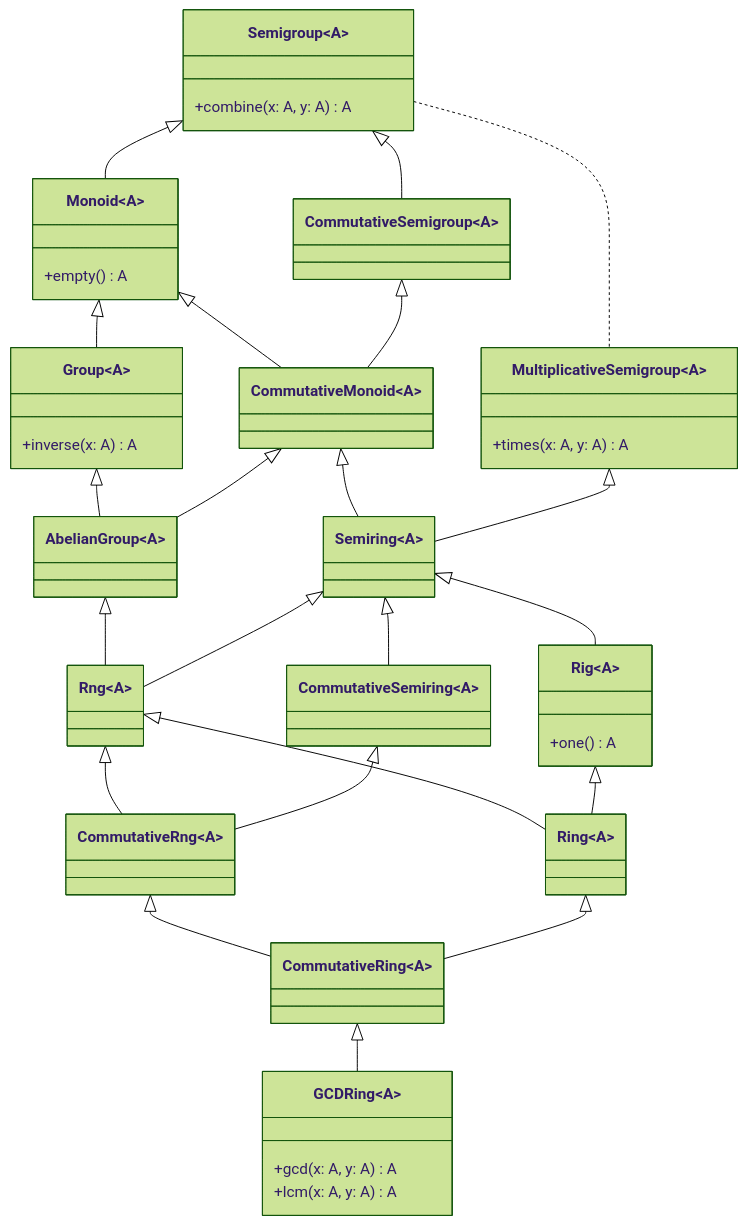
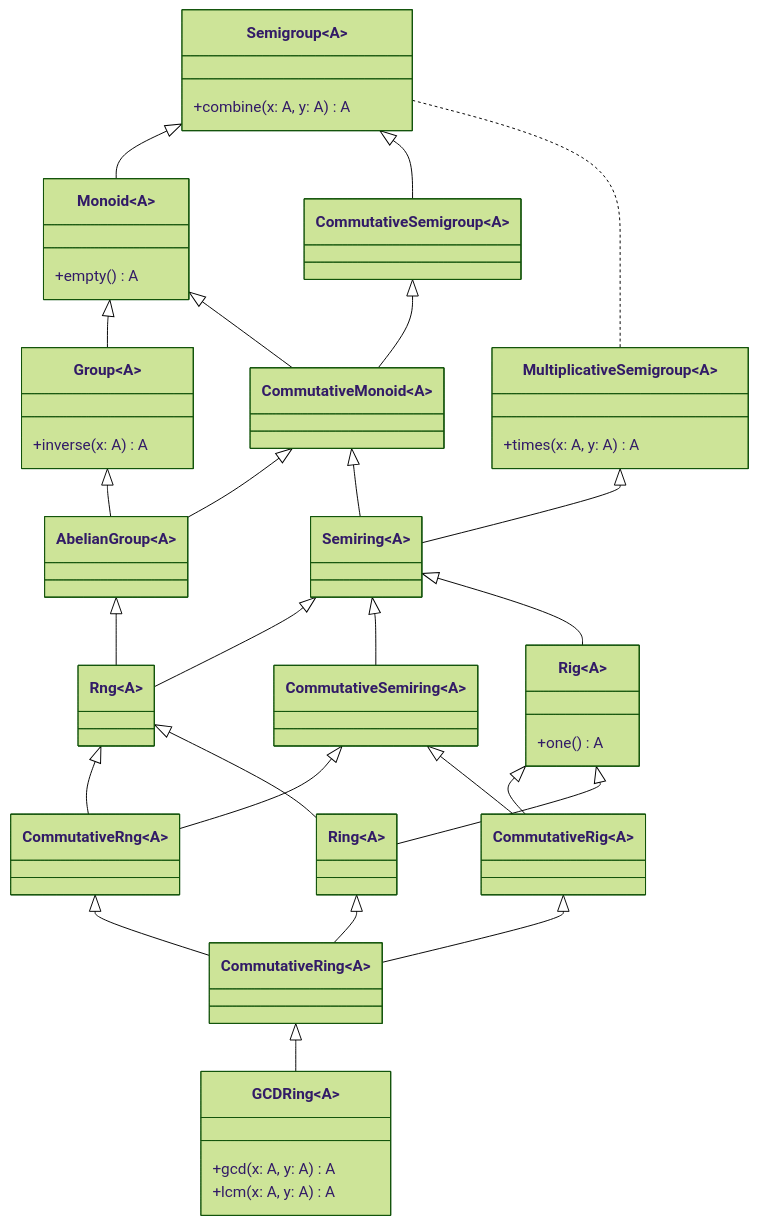
Before and after one commit to artemkorsakov/scalabook: the diagram in docs/typeclass/monoid/gcdring.md, drawn with Mermaid (forest theme). The commit also changed 7 other files, not shown here.

````diff
--- a/docs/typeclass/monoid/gcdring.md
+++ b/docs/typeclass/monoid/gcdring.md
@@ -216,52 +216,56 @@
 ```mermaid
 classDiagram
     class Semigroup~A~{
         +combine(x: A, y: A) A
     }  
     class Monoid~A~{
         +empty() A
     }
     Semigroup <|-- Monoid
     class CommutativeSemigroup~A~
     Semigroup <|-- CommutativeSemigroup  
     class Group~A~{
       +inverse(x: A) A
     }  
     Monoid <|-- Group 
     class CommutativeMonoid~A~
     Monoid <|-- CommutativeMonoid
     CommutativeSemigroup <|-- CommutativeMonoid
     class AbelianGroup~A~
     Group <|-- AbelianGroup
     CommutativeMonoid <|-- AbelianGroup
     class Semiring~A~
     CommutativeMonoid <|-- Semiring
     class MultiplicativeSemigroup~A~{
         +times(x: A, y: A) A
     }
     MultiplicativeSemigroup <|-- Semiring
     Semigroup .. MultiplicativeSemigroup
     class Rng~A~
     AbelianGroup <|-- Rng
     Semiring <|-- Rng
     class CommutativeSemiring~A~
     Semiring <|-- CommutativeSemiring
     class Rig~A~{
         +one() A
     }
     Semiring <|-- Rig
     class CommutativeRng~A~
     Rng <|-- CommutativeRng
     CommutativeSemiring <|-- CommutativeRng
+    class CommutativeRig~A~
+    Rig <|-- CommutativeRig
+    CommutativeSemiring <|-- CommutativeRig
     class Ring~A~
     Rng <|-- Ring
     Rig <|-- Ring
     class CommutativeRing~A~
+    Ring <|-- CommutativeRing
+    CommutativeRig <|-- CommutativeRing
     CommutativeRng <|-- CommutativeRing
-    Ring <|-- CommutativeRing
     class GCDRing~A~{
         +gcd(x: A, y: A) A
         +lcm(x: A, y: A) A
     }
     CommutativeRing <|-- GCDRing
 ```
````
